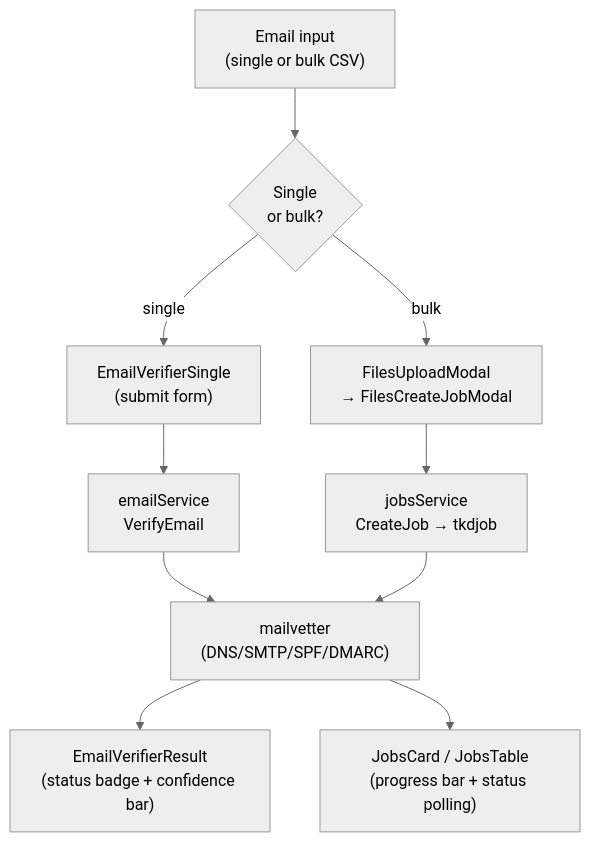
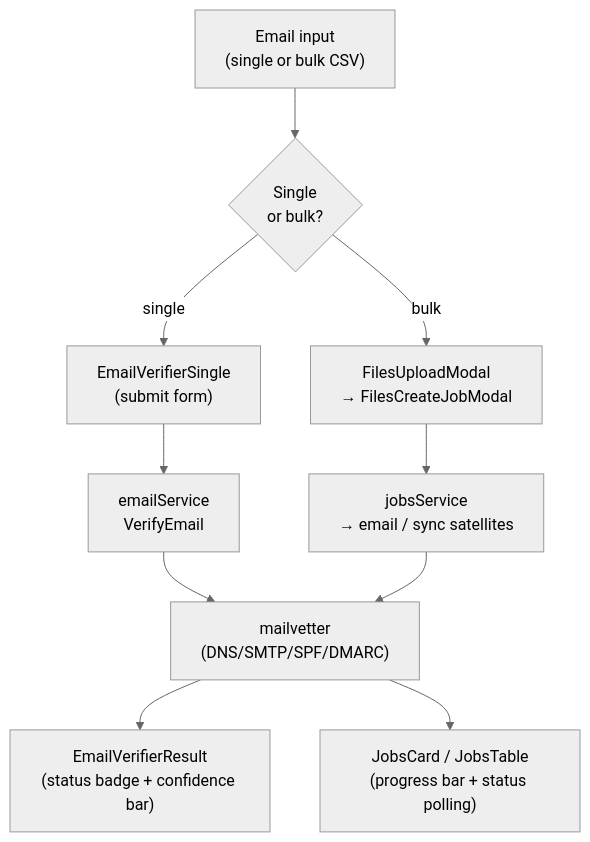
Before and after one commit to thekoushikdurgas/docsai: the eighth of 59 diagrams in docs/flowchart.md, drawn with Mermaid (neutral theme). The commit also changed other lines of this file and 233 other files, not shown here.

Commit message:
Update README and documentation structure; remove obsolete VERSION Contact360.md file. Enhance service contract documentation across multiple modules, including email and contact systems, and improve clarity on API integration and task tracking for various patches.

````diff
--- a/docs/flowchart.md
+++ b/docs/flowchart.md
@@ -212,16 +212,16 @@
 ```mermaid
 flowchart TD
     input["Email input\n(single or bulk CSV)"]
     mode{"Single\nor bulk?"}
     single["EmailVerifierSingle\n(submit form)"]
     bulk["FilesUploadModal\n→ FilesCreateJobModal"]
     gql1["emailService\nVerifyEmail"]
-    gql2["jobsService\nCreateJob → tkdjob"]
+    gql2["jobsService\n→ email / sync satellites"]
     mailvetter["mailvetter\n(DNS/SMTP/SPF/DMARC)"]
     result1["EmailVerifierResult\n(status badge + confidence bar)"]
     result2["JobsCard / JobsTable\n(progress bar + status polling)"]
 
     input --> mode
     mode -->|single| single --> gql1 --> mailvetter --> result1
     mode -->|bulk| bulk --> gql2 --> mailvetter --> result2
 ```
````
